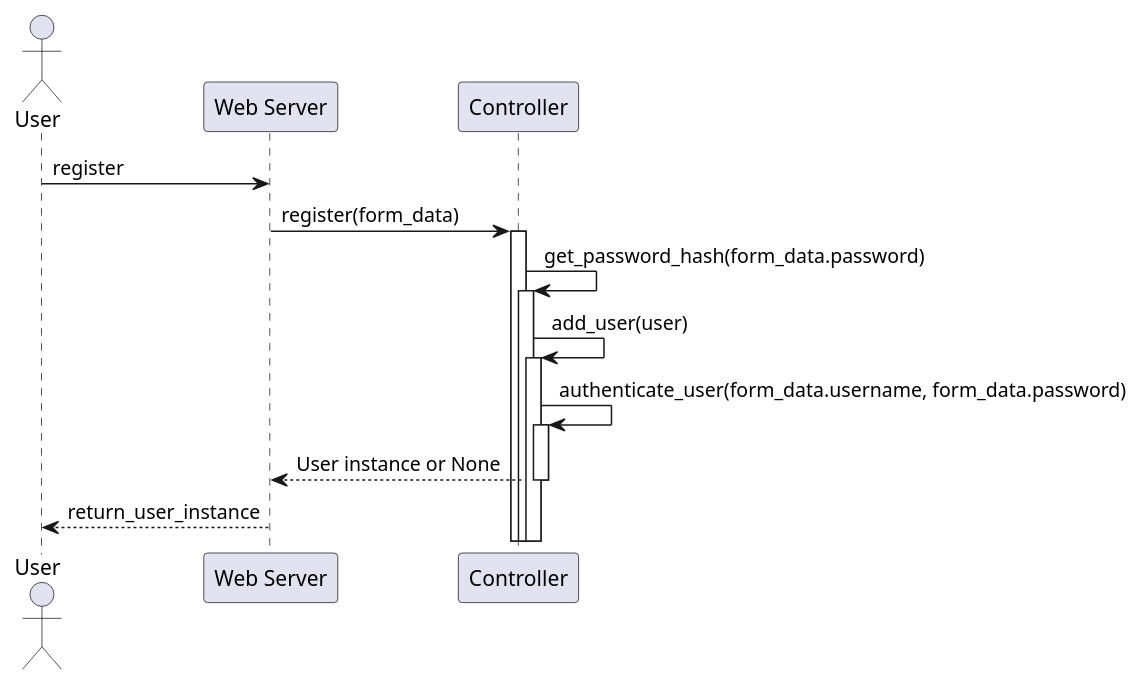
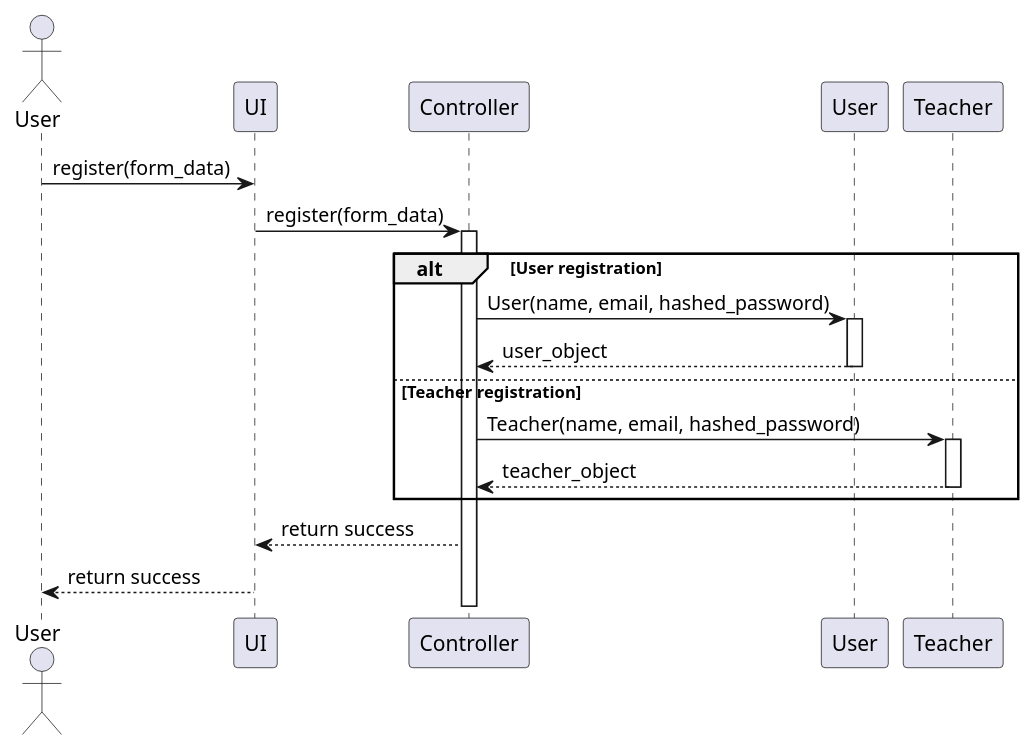
Before and after one commit to KMITLSuicide/KMITL-ObjectOrientedProgramming-Project: the diagram in diagrams/plantuml/authen(register).puml, drawn with PlantUML. The commit also changed 16 other files, not shown here.

```diff
--- a/diagrams/plantuml/authen(register).puml
+++ b/diagrams/plantuml/authen(register).puml
@@ -1,20 +1,31 @@
-@startuml Authentication
+@startuml
+
 actor User
 
-participant "Web Server" as Server
+participant "UI" as Server
 participant Controller
+participant "User" as UserClass
+participant Teacher
+
+User -> Server: register(form_data)
+Server -> Controller: register(form_data)
+activate Controller
+
+alt User registration
+    Controller -> UserClass: User(name, email, hashed_password)
+    activate UserClass
+    UserClass --> Controller: user_object
+    deactivate UserClass
+else Teacher registration
+    Controller -> Teacher: Teacher(name, email, hashed_password)
+    activate Teacher
+    Teacher --> Controller: teacher_object
+    deactivate Teacher
+end
+
+Controller --> Server: return success
+Server --> User: return success
 
 
-User -> Server: register
-Server -> Controller: register(form_data)
-activate Controller
-Controller -> Controller: get_password_hash(form_data.password)
-activate Controller
-Controller -> Controller: add_user(user)
-activate Controller
-Controller -> Controller: authenticate_user(form_data.username, form_data.password)
-activate Controller
-Controller --> Server: User instance or None
-deactivate Controller
-Server --> User: return_user_instance
+
 @enduml
```
